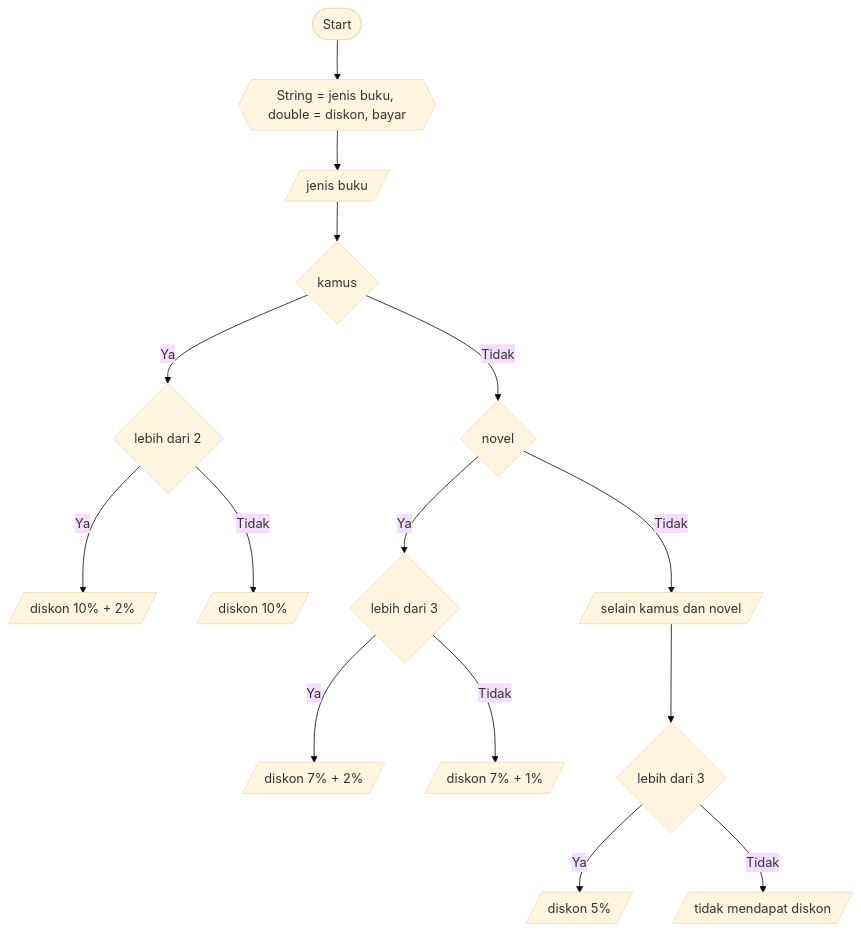
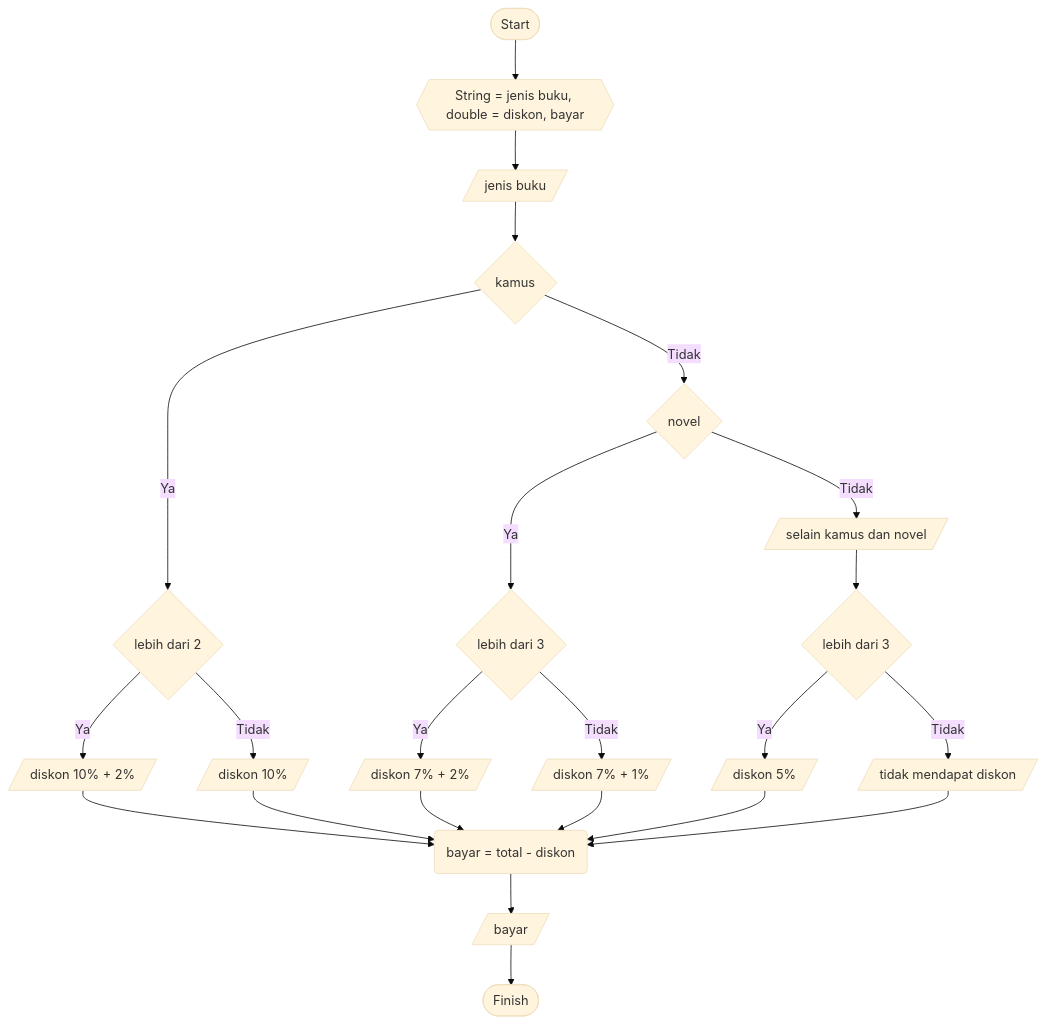
Before and after one commit to SATRIODIANNUGROHO/Sample2.1: the diagram in justforfun6.md, drawn with Mermaid (base theme).

````diff
--- a/justforfun6.md
+++ b/justforfun6.md
@@ -3,17 +3,25 @@
 ```mermaid
 flowchart TD;
 1([Start])-->2{{String = jenis buku, double = diskon, bayar}};
 2{{String = jenis buku, double = diskon, bayar}}-->3[/jenis buku/];
 3[/jenis buku/]-->4{kamus};
 4{kamus}-->|Ya|5{lebih dari 2};
 5{lebih dari 2}-->|Ya|6[/diskon 10% + 2%/];
 5{lebih dari 2}-->|Tidak|7[/diskon 10%/];
 4{kamus}-->|Tidak|8{novel};
 8{novel}-->|Ya|9{lebih dari 3};
 9{lebih dari 3}-->|Ya|10[/diskon 7% + 2%/];
 9{lebih dari 3}-->|Tidak|11[/diskon 7% + 1%/];
 8{novel}-->|Tidak|12[/selain kamus dan novel/];
 12[/selain kamus dan novel/]-->13{lebih dari 3};
 13{lebih dari 3}-->|Ya|14[/diskon 5%/];
 13{lebih dari 3}-->|Tidak|15[/tidak mendapat diskon/];
+6[/diskon 10% + 2%/]-->16(bayar = total - diskon);
+7[/diskon 10%/]-->16(bayar = total - diskon);
+10[/diskon 7% + 2%/]-->16(bayar = total - diskon);
+11[/diskon 7% + 1%/]-->16(bayar = total - diskon);
+14[/diskon 5%/]-->16(bayar = total - diskon);
+15[/tidak mendapat diskon/]-->16(bayar = total - diskon);
+16(bayar = total - diskon)-->17[/bayar/];
+17[/bayar/]-->18([Finish]);
 ```
````
